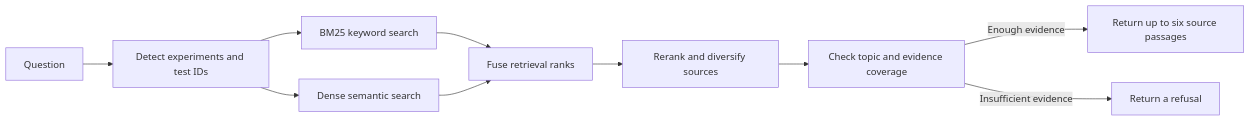
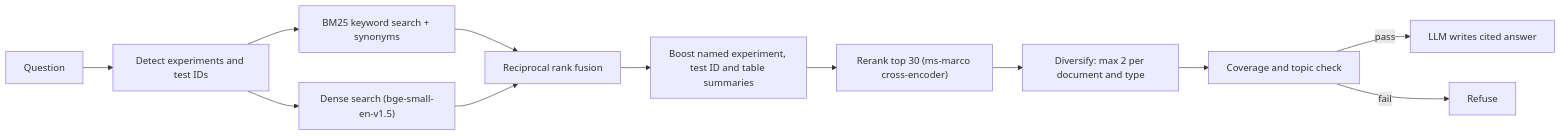
One commit to 8Glitchh/flame-in-freefall changed the second of 2 diagrams in README.md. Above: the diagram before and after it, drawn with Mermaid. The commit also changed other lines of this file, not shown here.

````diff
--- a/README.md
+++ b/README.md
@@ -123,12 +94,14 @@
 ```mermaid
 flowchart LR
     A["Question"] --> B["Detect experiments and test IDs"]
-    B --> C["BM25 keyword search"]
-    B --> D["Dense semantic search"]
-    C --> E["Fuse retrieval ranks"]
+    B --> C["BM25 keyword search + synonyms"]
+    B --> D["Dense search (bge-small-en-v1.5)"]
+    C --> E["Reciprocal rank fusion"]
     D --> E
-    E --> F["Rerank and diversify sources"]
-    F --> G["Check topic and evidence coverage"]
-    G -->|"Enough evidence"| H["Return up to six source passages"]
-    G -->|"Insufficient evidence"| I["Return a refusal"]
+    E --> F["Boost named experiment, test ID and table summaries"]
+    F --> G["Rerank top 30 (ms-marco cross-encoder)"]
+    G --> H["Diversify: max 2 per document and type"]
+    H --> I["Coverage and topic check"]
+    I -->|"pass"| J["LLM writes cited answer"]
+    I -->|"fail"| K["Refuse"]
 ```
````
